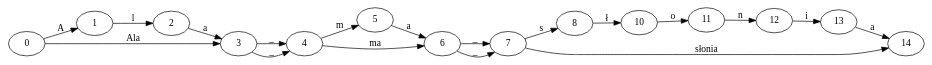
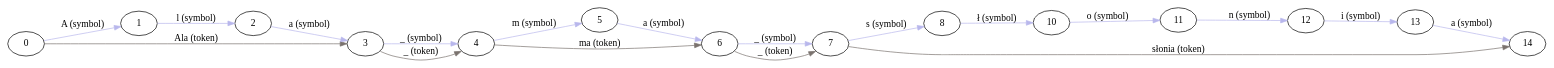
Before and after one commit to manicki/psi-toolkit: the diagram in formats/dot/t/files/simple.dot, drawn with Graphviz. The commit also changed 4 other files, not shown here.

```diff
--- a/formats/dot/t/files/simple.dot
+++ b/formats/dot/t/files/simple.dot
@@ -1,21 +1,21 @@
 digraph G {
 rankdir=LR
-0 -> 1 [label="A"]
-1 -> 2 [label="l"]
-2 -> 3 [label="a"]
-0 -> 3 [label="Ala"]
-3 -> 4 [label="_"]
-3 -> 4 [label="_"]
-4 -> 5 [label="m"]
-5 -> 6 [label="a"]
-4 -> 6 [label="ma"]
-6 -> 7 [label="_"]
-6 -> 7 [label="_"]
-7 -> 8 [label="s"]
-8 -> 10 [label="ł"]
-10 -> 11 [label="o"]
-11 -> 12 [label="n"]
-12 -> 13 [label="i"]
-13 -> 14 [label="a"]
-7 -> 14 [label="słonia"]
+0 -> 1 [label="A (symbol)"color="#b8b7ec"]
+1 -> 2 [label="l (symbol)"color="#b8b7ec"]
+2 -> 3 [label="a (symbol)"color="#b8b7ec"]
+0 -> 3 [label="Ala (token)"color="#7a726e"]
+3 -> 4 [label="_ (symbol)"color="#b8b7ec"]
+3 -> 4 [label="_ (token)"color="#7a726e"]
+4 -> 5 [label="m (symbol)"color="#b8b7ec"]
+5 -> 6 [label="a (symbol)"color="#b8b7ec"]
+4 -> 6 [label="ma (token)"color="#7a726e"]
+6 -> 7 [label="_ (symbol)"color="#b8b7ec"]
+6 -> 7 [label="_ (token)"color="#7a726e"]
+7 -> 8 [label="s (symbol)"color="#b8b7ec"]
+8 -> 10 [label="ł (symbol)"color="#b8b7ec"]
+10 -> 11 [label="o (symbol)"color="#b8b7ec"]
+11 -> 12 [label="n (symbol)"color="#b8b7ec"]
+12 -> 13 [label="i (symbol)"color="#b8b7ec"]
+13 -> 14 [label="a (symbol)"color="#b8b7ec"]
+7 -> 14 [label="słonia (token)"color="#7a726e"]
 }
```
